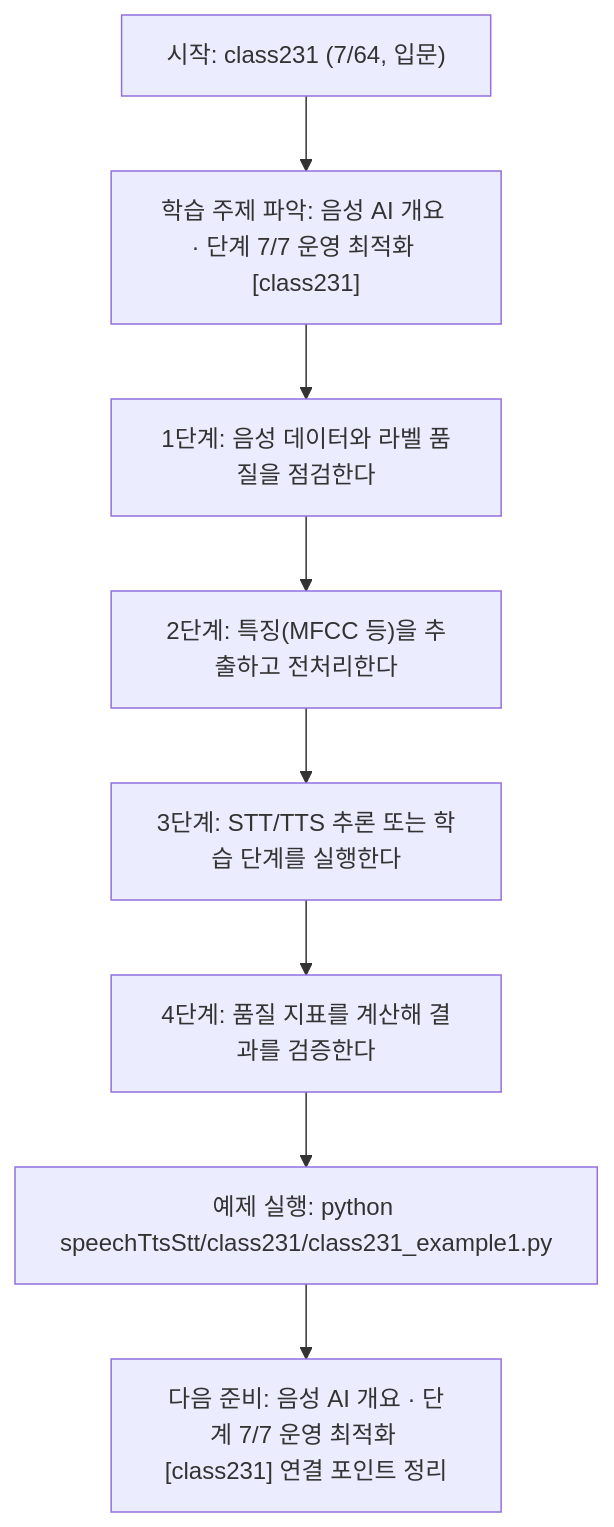
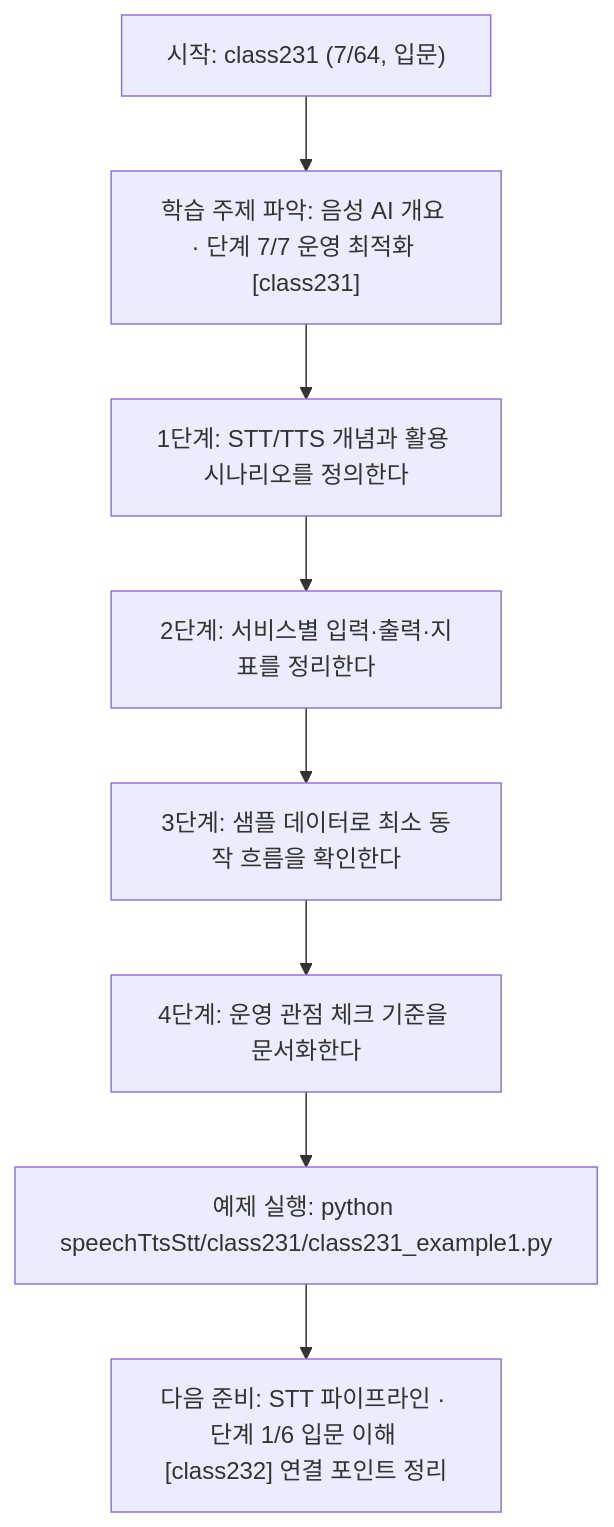
One commit to edumgt/Python-AI_Agent-Class changed the diagram in speechTtsStt/class231/class231.md. Above: the diagram before and after it, drawn with Mermaid. The commit also changed other lines of this file and 1122 other files, not shown here.

````diff
--- a/speechTtsStt/class231/class231.md
+++ b/speechTtsStt/class231/class231.md
@@ -114,18 +95,18 @@
 ```mermaid
 flowchart TD
 N1["시작: class231 (7/64, 입문)"]
 N2["학습 주제 파악: 음성 AI 개요 · 단계 7/7 운영 최적화 [class231]"]
-N3["1단계: 음성 데이터와 라벨 품질을 점검한다"]
-N4["2단계: 특징(MFCC 등)을 추출하고 전처리한다"]
-N5["3단계: STT/TTS 추론 또는 학습 단계를 실행한다"]
-N6["4단계: 품질 지표를 계산해 결과를 검증한다"]
+N3["1단계: STT/TTS 개념과 활용 시나리오를 정의한다"]
+N4["2단계: 서비스별 입력·출력·지표를 정리한다"]
+N5["3단계: 샘플 데이터로 최소 동작 흐름을 확인한다"]
+N6["4단계: 운영 관점 체크 기준을 문서화한다"]
 N7["예제 실행: python speechTtsStt/class231/class231_example1.py"]
-N8["다음 준비: 음성 AI 개요 · 단계 7/7 운영 최적화 [class231] 연결 포인트 정리"]
+N8["다음 준비: STT 파이프라인 · 단계 1/6 입문 이해 [class232] 연결 포인트 정리"]
 N1 --> N2
 N2 --> N3
 N3 --> N4
 N4 --> N5
 N5 --> N6
 N6 --> N7
 N7 --> N8
 ```
````
